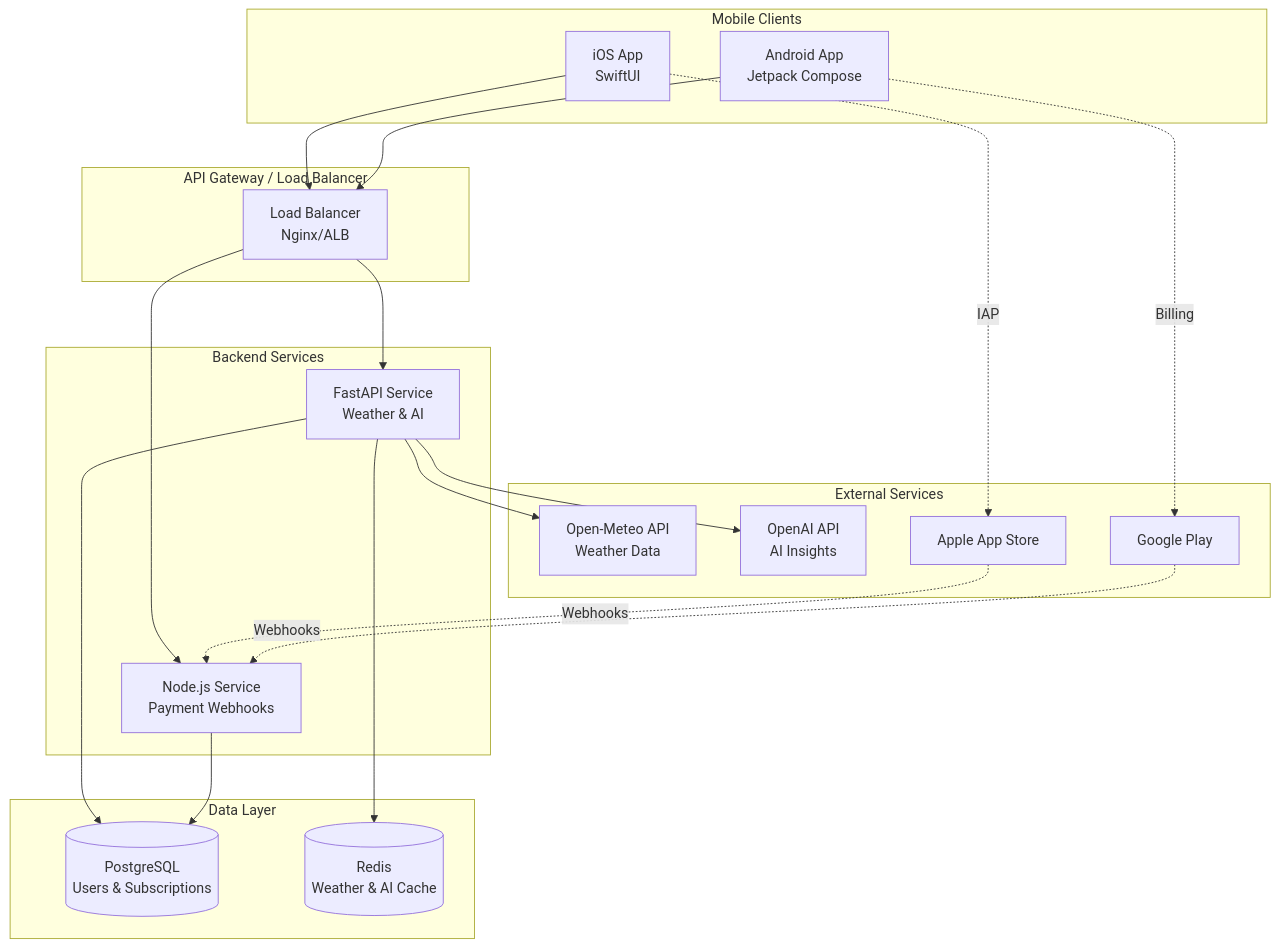
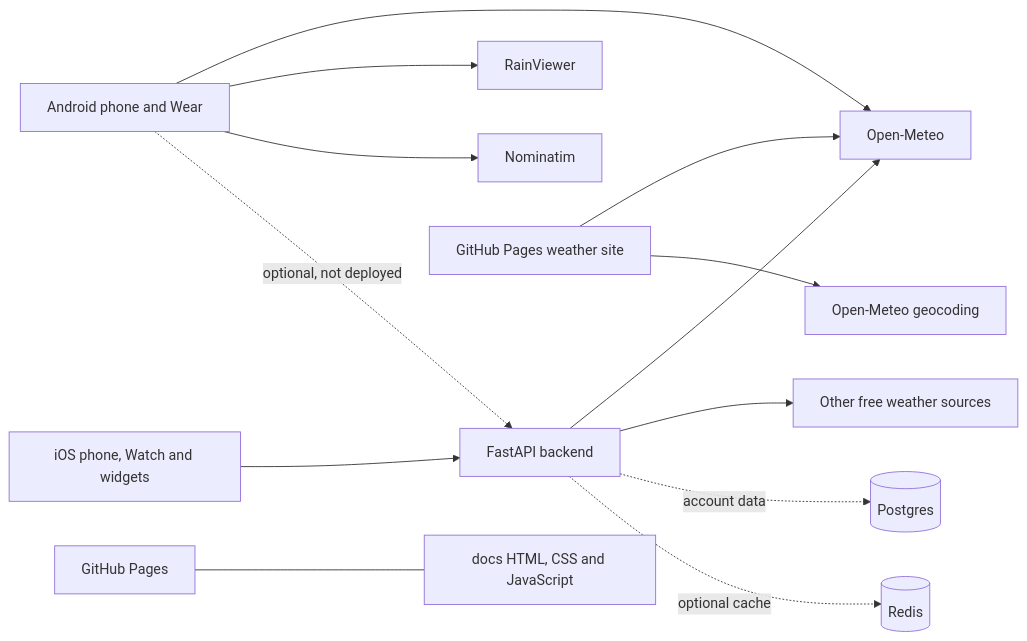
The diagram in docs/ARCHITECTURE.md (singhaditya21/CLIMAAI), drawn with Mermaid before and after one commit. The commit also changed other lines of this file and 46 other files, not shown here.

Commit message:
Prepare free GitHub Pages weather launch and audit codebase

````diff
--- a/docs/ARCHITECTURE.md
+++ b/docs/ARCHITECTURE.md
@@ -9,42 +6,15 @@
 ```mermaid
-graph TB
-    subgraph "Mobile Clients"
-        iOS[iOS App<br/>SwiftUI]
-        Android[Android App<br/>Jetpack Compose]
-    end
-    
-    subgraph "API Gateway / Load Balancer"
-        LB[Load Balancer<br/>Nginx/ALB]
-    end
-    
-    subgraph "Backend Services"
-        API[FastAPI Service<br/>Weather & AI]
-        Payment[Node.js Service<br/>Payment Webhooks]
-    end
-    
-    subgraph "Data Layer"
-        DB[(PostgreSQL<br/>Users & Subscriptions)]
-        Cache[(Redis<br/>Weather & AI Cache)]
-    end
-    
-    subgraph "External Services"
-        OpenMeteo[Open-Meteo API<br/>Weather Data]
-        OpenAI[OpenAI API<br/>AI Insights]
-        Apple[Apple App Store]
-        Google[Google Play]
-    end
-    
-    iOS --> LB
-    Android --> LB
-    LB --> API
-    LB --> Payment
-    API --> DB
-    API --> Cache
-    API --> OpenMeteo
-    API --> OpenAI
-    Payment --> DB
-    Apple -.Webhooks.-> Payment
-    Google -.Webhooks.-> Payment
-    iOS -.IAP.-> Apple
-    Android -.Billing.-> Google
+flowchart LR
+  Android[Android phone and Wear] --> OM[Open-Meteo]
+  Android --> RV[RainViewer]
+  Android --> NM[Nominatim]
+  Android -. optional, not deployed .-> API[FastAPI backend]
+  iOS[iOS phone, Watch and widgets] --> API
+  API --> OM
+  API --> Sources[Other free weather sources]
+  API -. account data .-> PG[(Postgres)]
+  API -. optional cache .-> Redis[(Redis)]
+  Browser[GitHub Pages weather site] --> OM
+  Browser --> Geo[Open-Meteo geocoding]
+  Pages[GitHub Pages] --- Docs[docs HTML, CSS and JavaScript]
 ```
````
